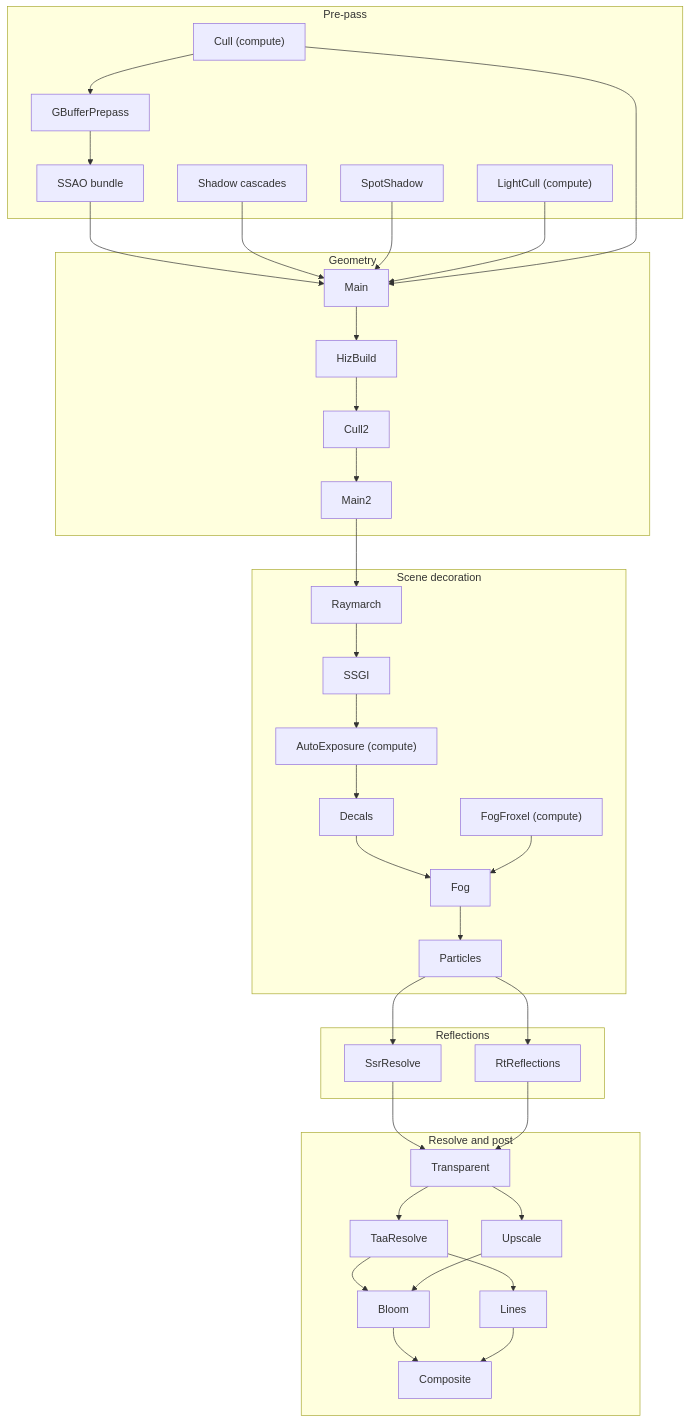
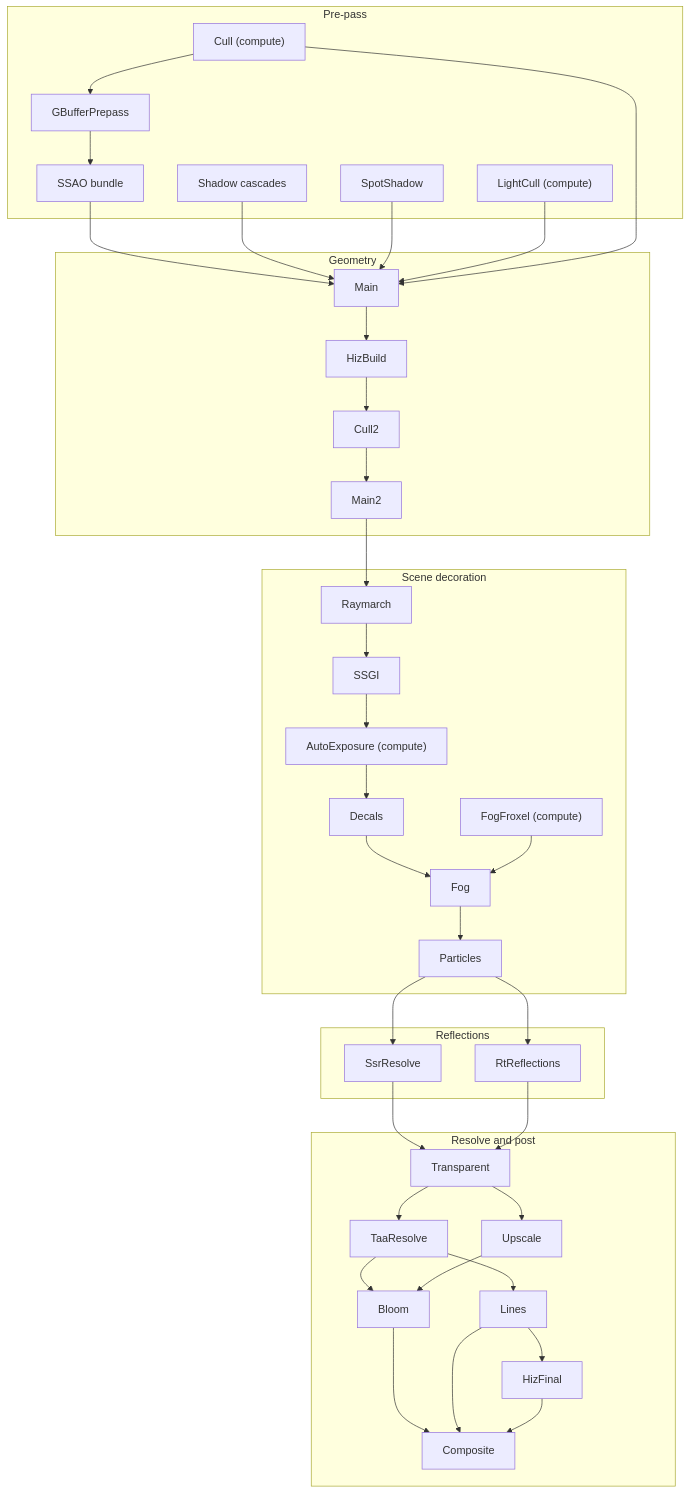
One commit to concinnitygg/concinnity changed the fifth of 5 diagrams in docs/development/spec.md. Above: the diagram before and after it, drawn with Mermaid. The commit also changed other lines of this file and 546 other files, not shown here.

First line of the commit message:
Consolidate the crate graph and unify the asset registry

````diff
--- a/docs/development/spec.md
+++ b/docs/development/spec.md
@@ -1294,54 +1333,56 @@
 ```mermaid
 flowchart TD
     subgraph pre["Pre-pass"]
         CULL["Cull (compute)"]
         GB["GBufferPrepass"]
         SSAO["SSAO bundle"]
         SHADOW["Shadow cascades"]
         SPOT["SpotShadow"]
         LC["LightCull (compute)"]
     end
     subgraph geo["Geometry"]
         MAIN["Main"]
         HIZ["HizBuild"]
         CULL2["Cull2"]
         MAIN2["Main2"]
     end
     subgraph dec["Scene decoration"]
         RAY["Raymarch"]
         SSGI["SSGI"]
         AE["AutoExposure (compute)"]
         DECAL["Decals"]
         FOGF["FogFroxel (compute)"]
         FOG["Fog"]
         PART["Particles"]
     end
     subgraph refl["Reflections"]
         SSR["SsrResolve"]
         RT["RtReflections"]
     end
     subgraph post["Resolve and post"]
         TRANS["Transparent"]
         TAA["TaaResolve"]
         UP["Upscale"]
         LINES["Lines"]
         BLOOM["Bloom"]
+        HIZF["HizFinal"]
         COMP["Composite"]
     end
 
     CULL --> GB --> SSAO --> MAIN
     SHADOW --> MAIN
     SPOT --> MAIN
     LC --> MAIN
     CULL --> MAIN
     MAIN --> HIZ --> CULL2 --> MAIN2
     MAIN2 --> RAY --> SSGI --> AE --> DECAL --> FOG --> PART
     FOGF --> FOG
     PART --> SSR
     PART --> RT
     SSR --> TRANS
     RT --> TRANS
     TRANS --> TAA --> BLOOM --> COMP
     TRANS --> UP --> BLOOM
     TAA --> LINES --> COMP
+    LINES --> HIZF --> COMP
 ```
````
